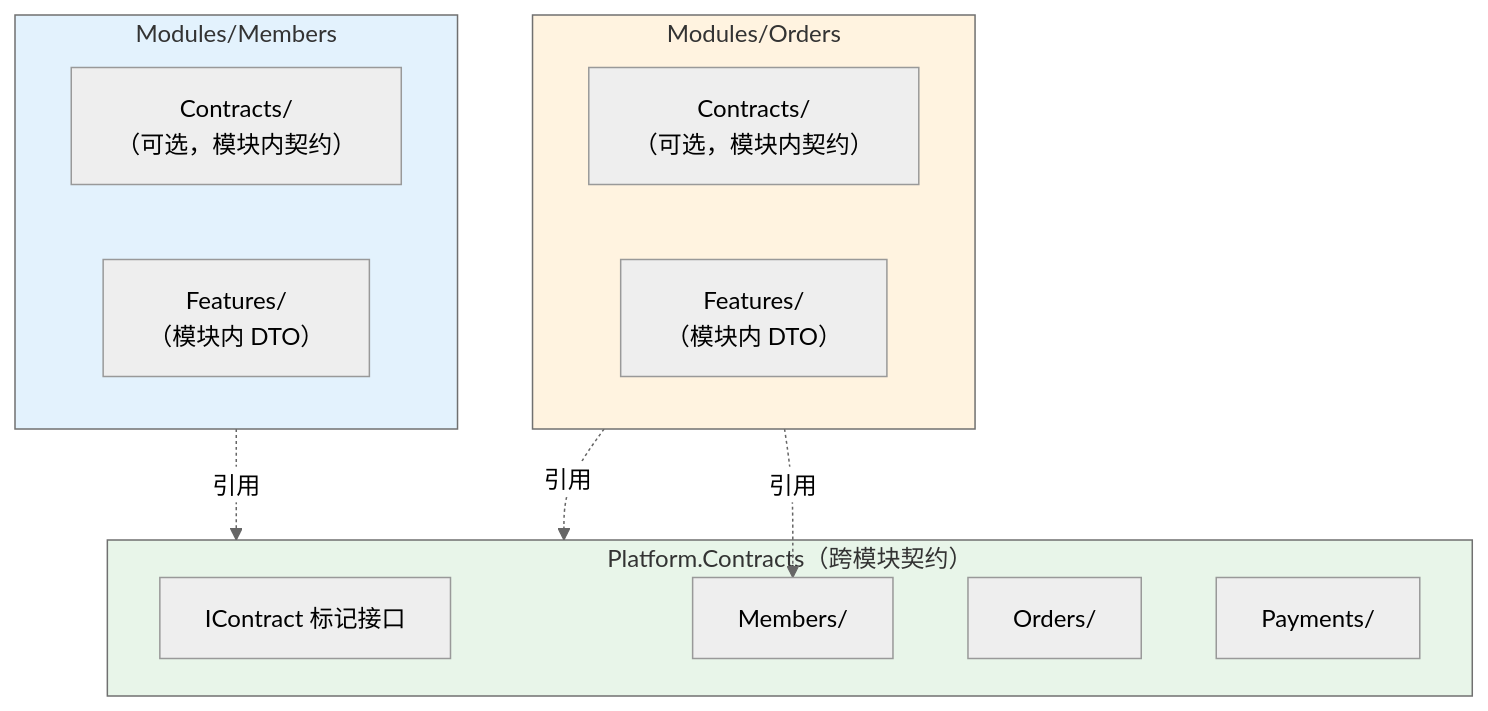
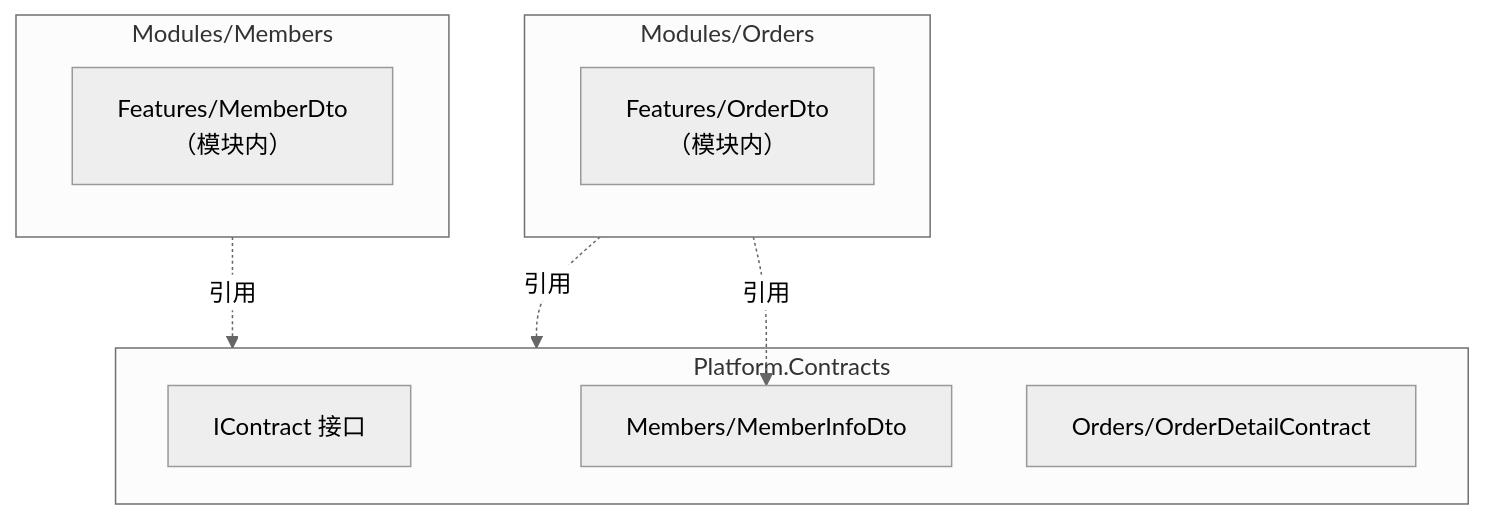
The diagram in docs/adr/structure/ADR-121-contract-dto-naming-organization.md (douhuaa/Zss.BilliardHall), drawn with Mermaid (neutral theme) before and after one commit. The commit also changed other lines of this file, not shown here.

````diff
--- a/docs/adr/structure/ADR-121-contract-dto-naming-organization.md
+++ b/docs/adr/structure/ADR-121-contract-dto-naming-organization.md
@@ -740,27 +348,20 @@
 ```mermaid
 graph TB
-    subgraph Platform["Platform.Contracts（跨模块契约）"]
-        IC[IContract 标记接口]
-        M[Members/]
-        O[Orders/]
-        P[Payments/]
+    subgraph Platform["Platform.Contracts"]
+        IC[IContract 接口]
+        M[Members/MemberInfoDto]
+        O[Orders/OrderDetailContract]
     end
     
     subgraph Module1["Modules/Members"]
-        MC[Contracts/<br/>（可选，模块内契约）]
-        MF[Features/<br/>（模块内 DTO）]
+        MF[Features/MemberDto<br/>（模块内）]
     end
     
     subgraph Module2["Modules/Orders"]
-        OC[Contracts/<br/>（可选，模块内契约）]
-        OF[Features/<br/>（模块内 DTO）]
+        OF[Features/OrderDto<br/>（模块内）]
     end
     
     Module1 -.引用.-> Platform
     Module2 -.引用.-> Platform
     Module2 -.引用.-> M
-    
-    style Platform fill:#e8f5e9
-    style Module1 fill:#e3f2fd
-    style Module2 fill:#fff3e0
 ```
````
